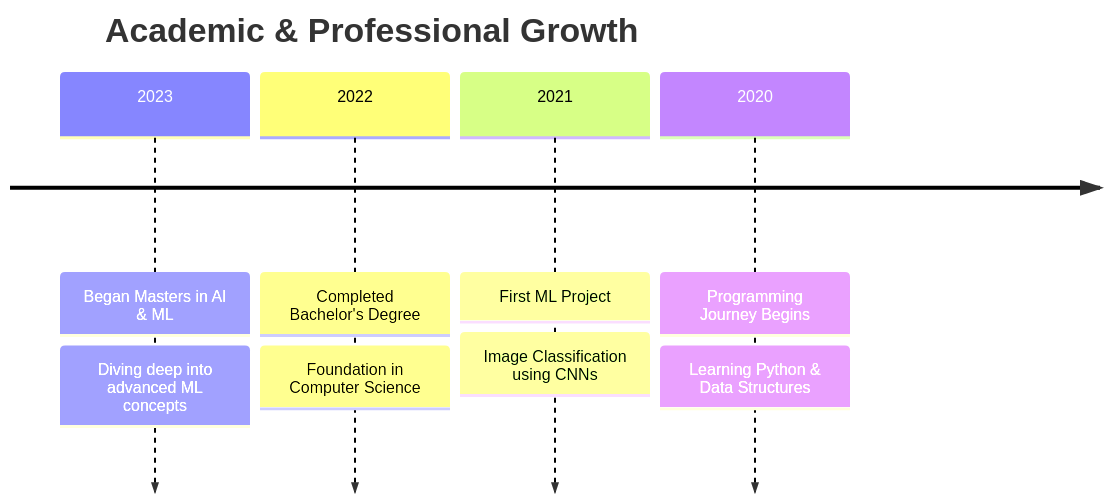
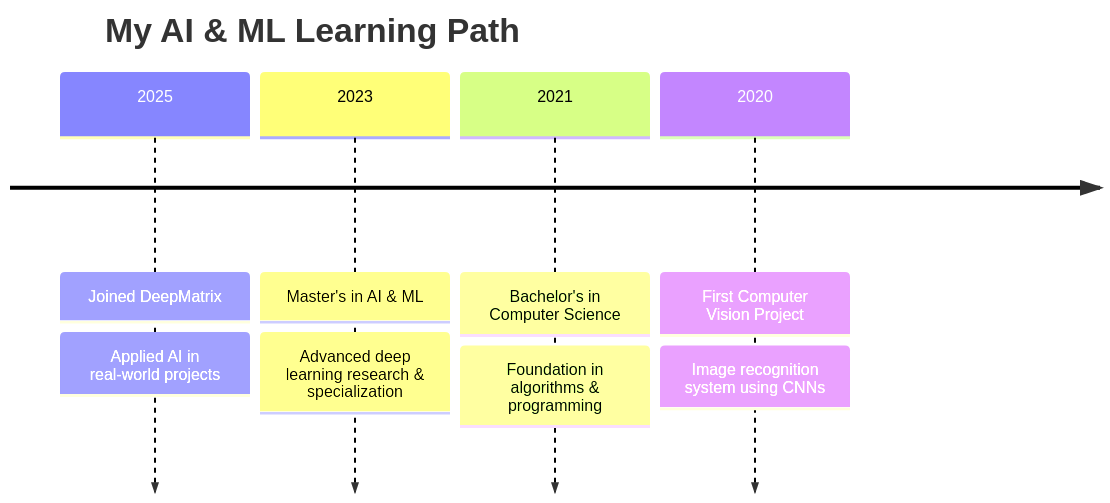
One commit to Susanta2102/Susanta2102 changed the diagram in README.md. Above: the diagram before and after it, drawn with Mermaid. The commit also changed other lines of this file, not shown here.

````diff
--- a/README.md
+++ b/README.md
@@ -72,8 +96,8 @@
 ```mermaid
 timeline
-    title Academic & Professional Growth
-    2023 : Began Masters in AI & ML : Diving deep into advanced ML concepts
-    2022 : Completed Bachelor's Degree : Foundation in Computer Science
-    2021 : First ML Project : Image Classification using CNNs
-    2020 : Programming Journey Begins : Learning Python & Data Structures
+    title My AI & ML Learning Path
+    2025 : Joined DeepMatrix : Applied AI in real-world projects
+    2023 : Master's in AI & ML : Advanced deep learning research & specialization
+    2021 : Bachelor's in Computer Science : Foundation in algorithms & programming
+    2020 : First Computer Vision Project : Image recognition system using CNNs
 ```
````
